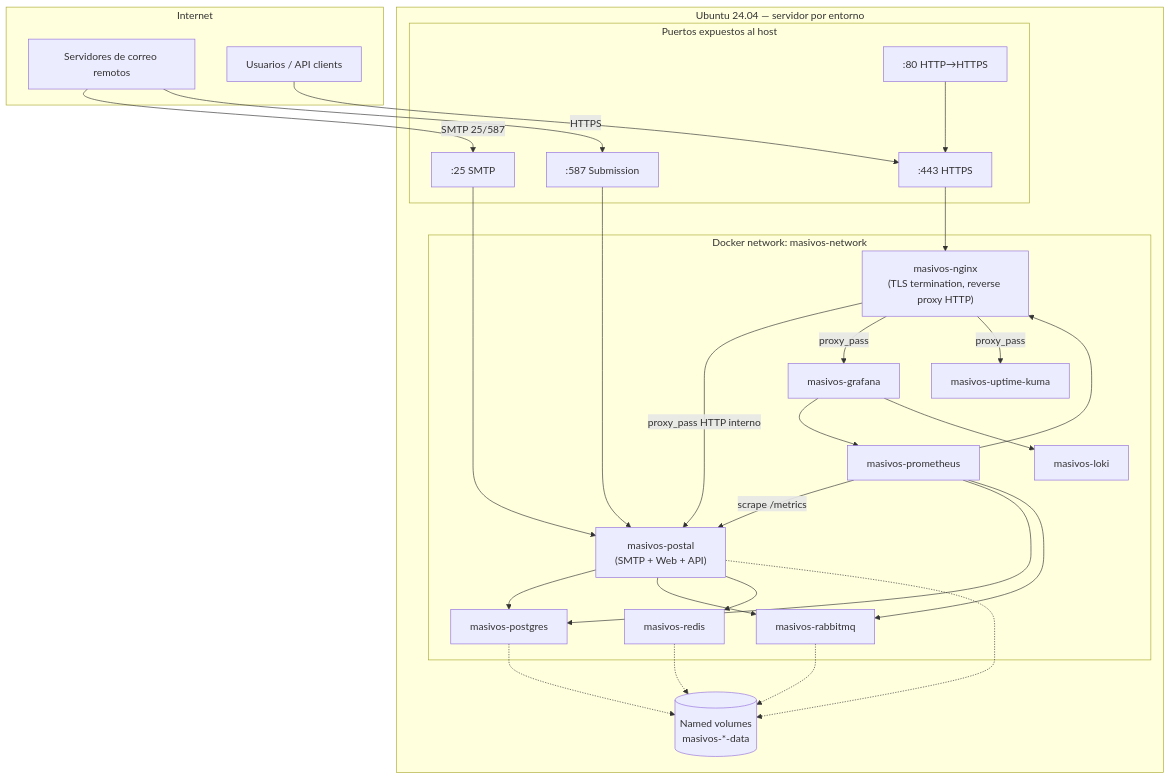
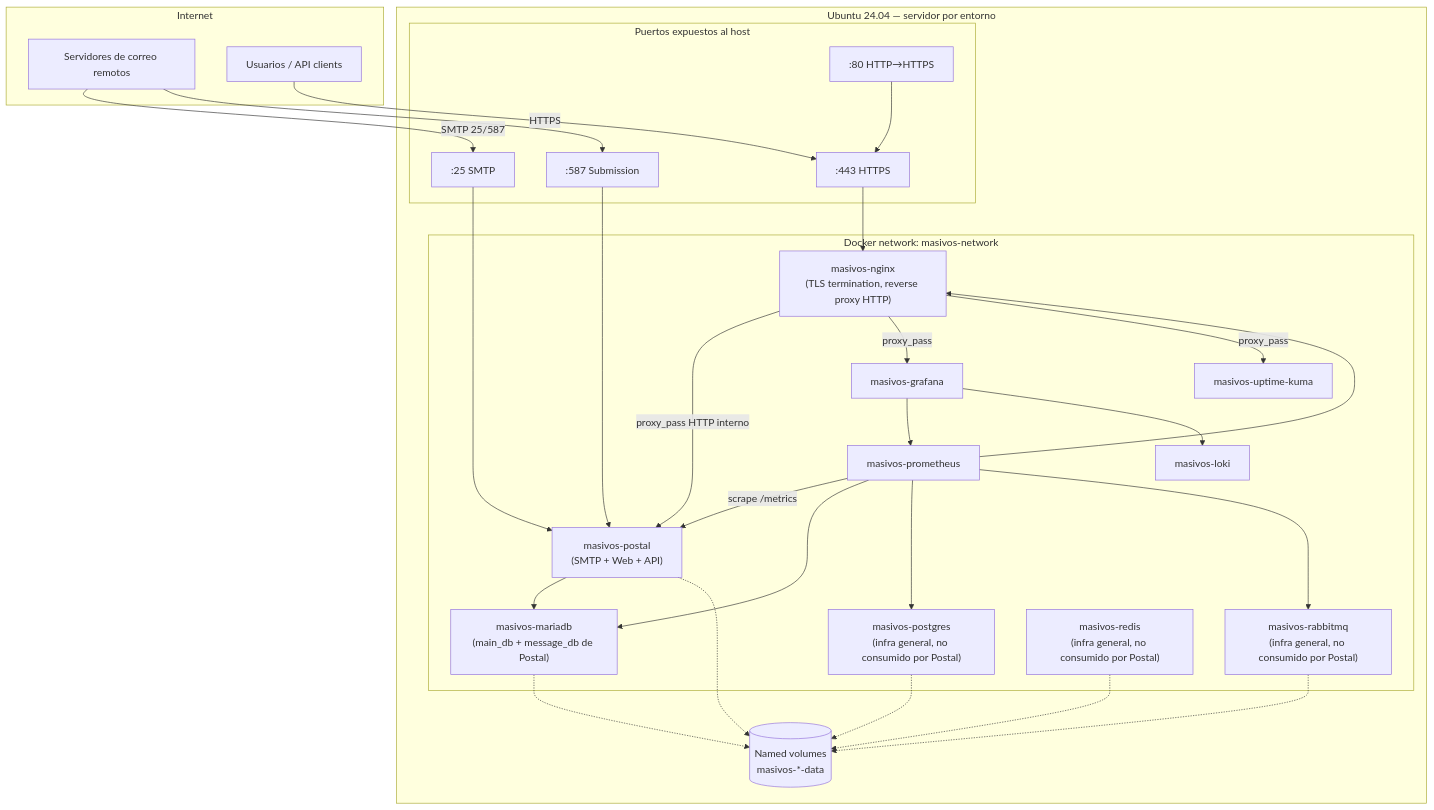
The diagram in docs/architecture.md (crearimagen/masivos-infra), drawn with Mermaid before and after one commit. The commit also changed other lines of this file and 14 other files, not shown here.

Commit message:
feat(mariadb): implement MariaDB service with backup, restore, and configuration

````diff
--- a/docs/architecture.md
+++ b/docs/architecture.md
@@ -13,58 +13,59 @@
 ```mermaid
 flowchart TB
     subgraph Internet
         MTA[Servidores de correo remotos]
         Browser[Usuarios / API clients]
     end
 
     subgraph Host["Ubuntu 24.04 — servidor por entorno"]
         subgraph Edge["Puertos expuestos al host"]
             P25[":25 SMTP"]
             P587[":587 Submission"]
             P443[":443 HTTPS"]
             P80[":80 HTTP→HTTPS"]
         end
 
         subgraph net["Docker network: masivos-network"]
             Postal["masivos-postal\n(SMTP + Web + API)"]
             Nginx["masivos-nginx\n(TLS termination, reverse proxy HTTP)"]
-            PG["masivos-postgres"]
-            RMQ["masivos-rabbitmq"]
-            Redis["masivos-redis"]
+            MariaDB["masivos-mariadb\n(main_db + message_db de Postal)"]
+            PG["masivos-postgres\n(infra general, no consumido por Postal)"]
+            RMQ["masivos-rabbitmq\n(infra general, no consumido por Postal)"]
+            Redis["masivos-redis\n(infra general, no consumido por Postal)"]
             Prom["masivos-prometheus"]
             Graf["masivos-grafana"]
             Loki["masivos-loki"]
             Kuma["masivos-uptime-kuma"]
         end
 
         Vols[(Named volumes\nmasivos-*-data)]
     end
 
     MTA -->|SMTP 25/587| P25
     MTA --> P587
     P25 --> Postal
     P587 --> Postal
 
     Browser -->|HTTPS| P443
     P80 --> P443
     P443 --> Nginx
     Nginx -->|proxy_pass HTTP interno| Postal
     Nginx -->|proxy_pass| Graf
     Nginx -->|proxy_pass| Kuma
 
-    Postal --> PG
-    Postal --> RMQ
-    Postal --> Redis
+    Postal --> MariaDB
 
     Prom -->|scrape /metrics| Postal
+    Prom --> MariaDB
     Prom --> PG
     Prom --> RMQ
     Prom --> Nginx
     Graf --> Prom
     Graf --> Loki
 
+    MariaDB -.-> Vols
     PG -.-> Vols
     RMQ -.-> Vols
     Redis -.-> Vols
     Postal -.-> Vols
 ```
````
